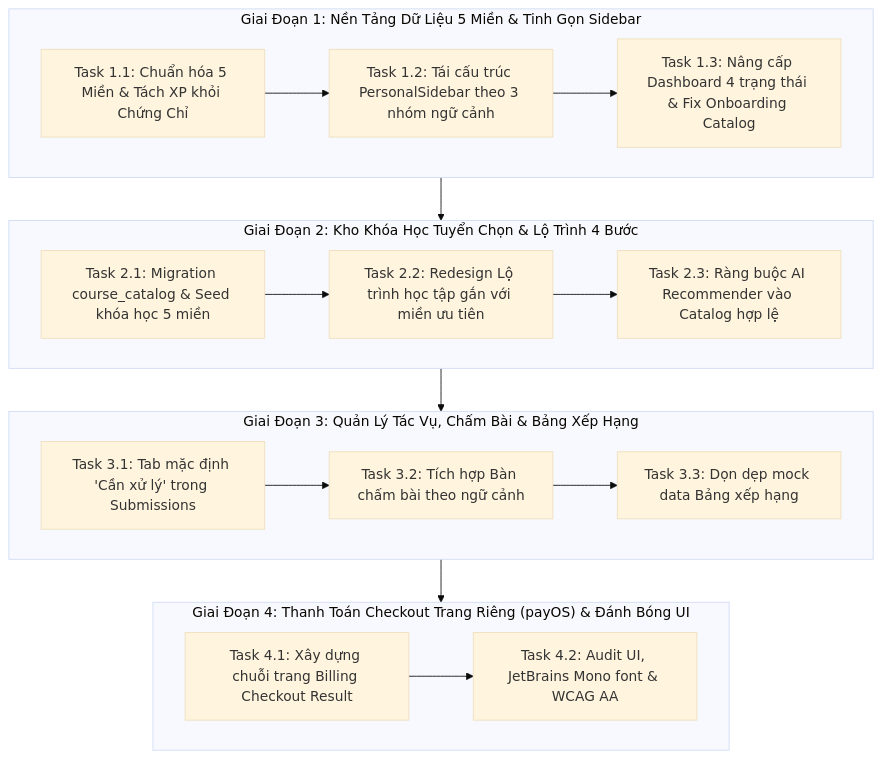
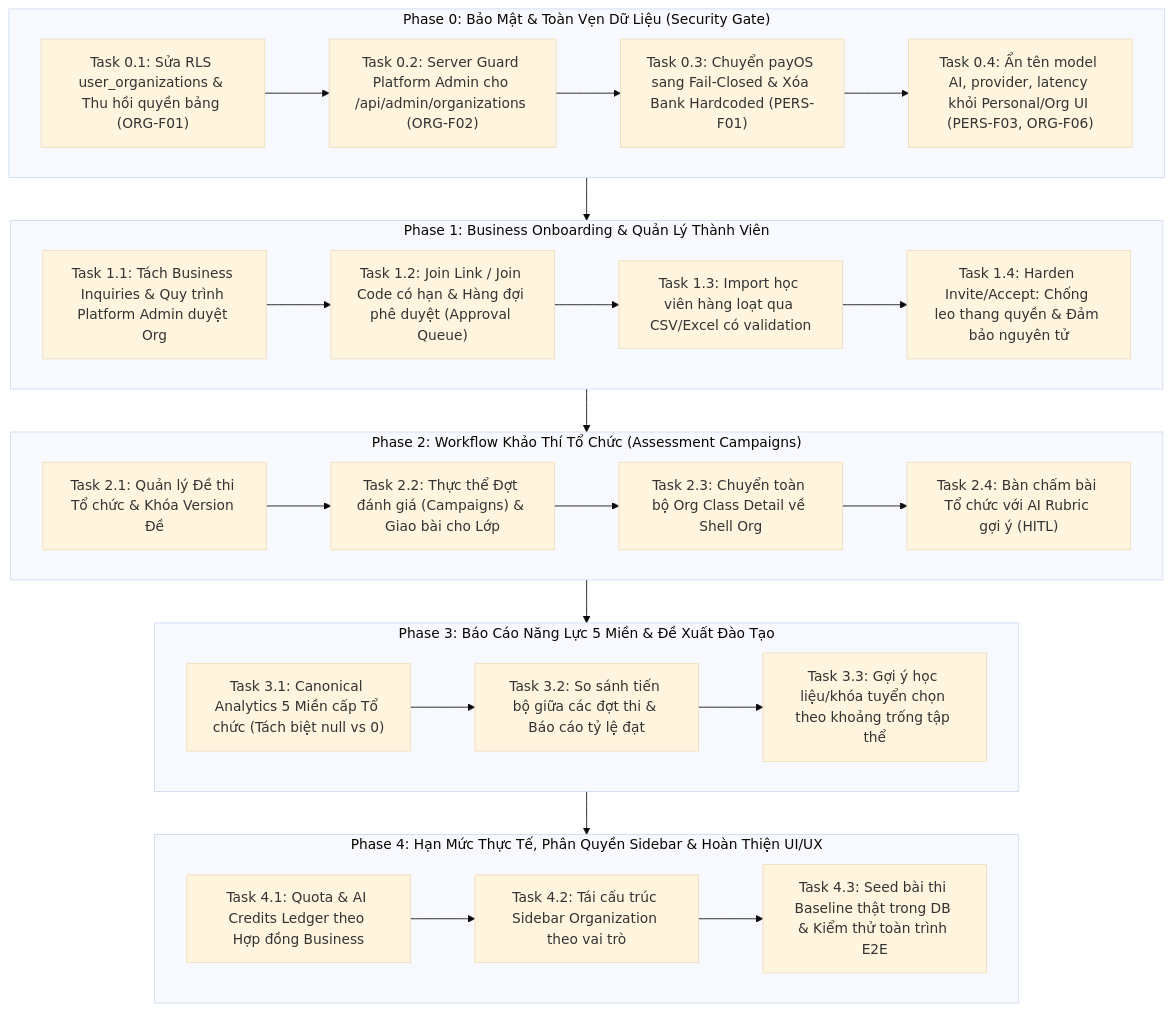
One commit to minhhuyzzz/nexa_AI changed the diagram in tasks/plan.md. Above: the diagram before and after it, drawn with Mermaid (base theme). The commit also changed other lines of this file and 48 other files, not shown here.

First line of the commit message:
feat(b2b): implement multi-tenant business & assessment architecture (Phases 0-4)

````diff
--- a/tasks/plan.md
+++ b/tasks/plan.md
@@ -54,31 +53,42 @@
 ```mermaid
 flowchart TD
-    subgraph Phase1["Giai Đoạn 1: Nền Tảng Dữ Liệu 5 Miền & Tinh Gọn Sidebar"]
-        T11["Task 1.1: Chuẩn hóa 5 Miền & Tách XP khỏi Chứng Chỉ"]
-        T12["Task 1.2: Tái cấu trúc PersonalSidebar theo 3 nhóm ngữ cảnh"]
-        T13["Task 1.3: Nâng cấp Dashboard 4 trạng thái & Fix Onboarding Catalog"]
-        T11 --> T12 --> T13
+    subgraph Phase0["Phase 0: Bảo Mật & Toàn Vẹn Dữ Liệu (Security Gate)"]
+        T01["Task 0.1: Sửa RLS user_organizations & Thu hồi quyền bảng (ORG-F01)"]
+        T02["Task 0.2: Server Guard Platform Admin cho /api/admin/organizations (ORG-F02)"]
+        T03["Task 0.3: Chuyển payOS sang Fail-Closed & Xóa Bank Hardcoded (PERS-F01)"]
+        T04["Task 0.4: Ẩn tên model AI, provider, latency khỏi Personal/Org UI (PERS-F03, ORG-F06)"]
+        T01 --> T02 --> T03 --> T04
     end
 
-    subgraph Phase2["Giai Đoạn 2: Kho Khóa Học Tuyển Chọn & Lộ Trình 4 Bước"]
-        T21["Task 2.1: Migration course_catalog & Seed khóa học 5 miền"]
-        T22["Task 2.2: Redesign Lộ trình học tập gắn với miền ưu tiên"]
-        T23["Task 2.3: Ràng buộc AI Recommender vào Catalog hợp lệ"]
-        T21 --> T22 --> T23
+    subgraph Phase1["Phase 1: Business Onboarding & Quản Lý Thành Viên"]
+        T11["Task 1.1: Tách Business Inquiries & Quy trình Platform Admin duyệt Org"]
+        T12["Task 1.2: Join Link / Join Code có hạn & Hàng đợi phê duyệt (Approval Queue)"]
+        T13["Task 1.3: Import học viên hàng loạt qua CSV/Excel có validation"]
+        T14["Task 1.4: Harden Invite/Accept: Chống leo thang quyền & Đảm bảo nguyên tử"]
+        T11 --> T12 --> T13 --> T14
     end
 
-    subgraph Phase3["Giai Đoạn 3: Quản Lý Tác Vụ, Chấm Bài & Bảng Xếp Hạng"]
-        T31["Task 3.1: Tab mặc định 'Cần xử lý' trong Submissions"]
-        T32["Task 3.2: Tích hợp Bàn chấm bài theo ngữ cảnh"]
-        T33["Task 3.3: Dọn dẹp mock data Bảng xếp hạng"]
+    subgraph Phase2["Phase 2: Workflow Khảo Thí Tổ Chức (Assessment Campaigns)"]
+        T21["Task 2.1: Quản lý Đề thi Tổ chức & Khóa Version Đề"]
+        T22["Task 2.2: Thực thể Đợt đánh giá (Campaigns) & Giao bài cho Lớp"]
+        T23["Task 2.3: Chuyển toàn bộ Org Class Detail về Shell Org"]
+        T24["Task 2.4: Bàn chấm bài Tổ chức với AI Rubric gợi ý (HITL)"]
+        T21 --> T22 --> T23 --> T24
+    end
+
+    subgraph Phase3["Phase 3: Báo Cáo Năng Lực 5 Miền & Đề Xuất Đào Tạo"]
+        T31["Task 3.1: Canonical Analytics 5 Miền cấp Tổ chức (Tách biệt null vs 0)"]
+        T32["Task 3.2: So sánh tiến bộ giữa các đợt thi & Báo cáo tỷ lệ đạt"]
+        T33["Task 3.3: Gợi ý học liệu/khóa tuyển chọn theo khoảng trống tập thể"]
         T31 --> T32 --> T33
     end
 
-    subgraph Phase4["Giai Đoạn 4: Thanh Toán Checkout Trang Riêng (payOS) & Đánh Bóng UI"]
-        T41["Task 4.1: Xây dựng chuỗi trang Billing Checkout Result"]
-        T42["Task 4.2: Audit UI, JetBrains Mono font & WCAG AA"]
-        T41 --> T42
+    subgraph Phase4["Phase 4: Hạn Mức Thực Tế, Phân Quyền Sidebar & Hoàn Thiện UI/UX"]
+        T41["Task 4.1: Quota & AI Credits Ledger theo Hợp đồng Business"]
+        T42["Task 4.2: Tái cấu trúc Sidebar Organization theo vai trò"]
+        T43["Task 4.3: Seed bài thi Baseline thật trong DB & Kiểm thử toàn trình E2E"]
+        T41 --> T42 --> T43
     end
 
-    Phase1 --> Phase2 --> Phase3 --> Phase4
+    Phase0 --> Phase1 --> Phase2 --> Phase3 --> Phase4
 ```
````
